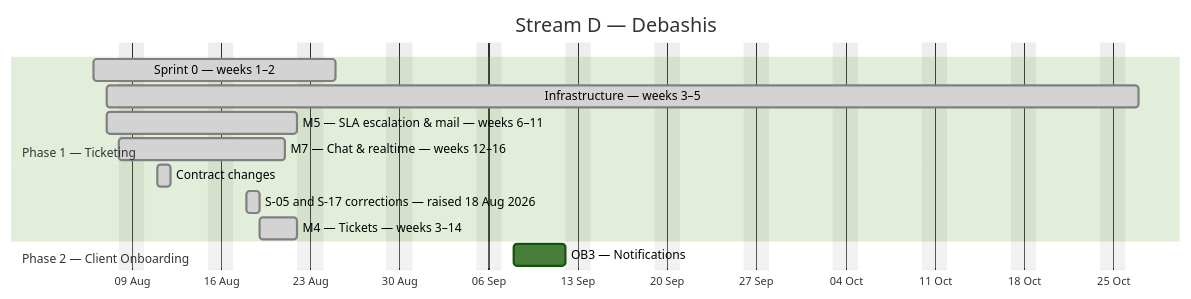
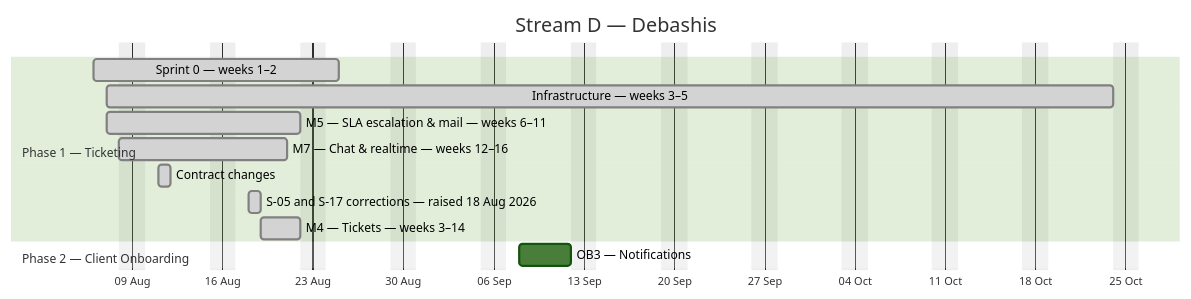
The fourth of 4 diagrams in docs/plan/GANTT.md (debashisedunext/EduTrack), drawn with Mermaid (forest theme) before and after one commit. The commit also changed other lines of this file and 2 other files, not shown here.

````diff
--- a/docs/plan/GANTT.md
+++ b/docs/plan/GANTT.md
@@ -186,17 +187,17 @@
 ```mermaid
 gantt
     dateFormat YYYY-MM-DD
     axisFormat %d %b
     title Stream D — Debashis
     excludes weekends
     section Phase 1 — Ticketing
     Sprint 0 — weeks 1–2 :done, d0, 2026-08-06, 13d
-    Infrastructure — weeks 3–5 :done, d1, 2026-08-07, 57d
+    Infrastructure — weeks 3–5 :done, d1, 2026-08-07, 56d
     M5 — SLA  escalation & mail — weeks 6–11 :done, d2, 2026-08-07, 11d
     M7 — Chat & realtime — weeks 12–16 :done, d3, 2026-08-08, 10d
     Contract changes :done, d4, 2026-08-11, 1d
     S-05 and S-17 corrections — raised 18 Aug 2026 :done, d5, 2026-08-18, 1d
     M4 — Tickets — weeks 3–14 :done, d6, 2026-08-19, 3d
     section Phase 2 — Client Onboarding
     OB3 — Notifications :d7, 2026-09-08, 4d
 ```
````
